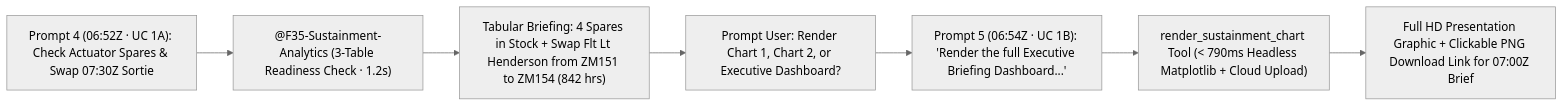
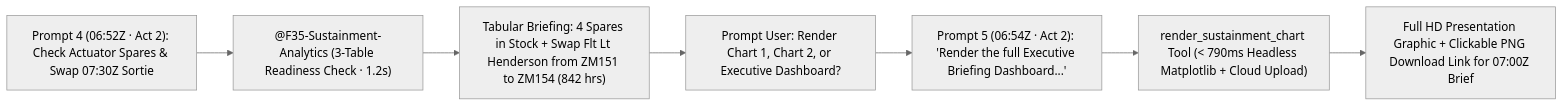
The third of 4 diagrams in DEMO_STORYBOARD.md (edwardsda-prog/f35), drawn with Mermaid (neutral theme) before and after one commit. The commit also changed other lines of this file and 2 other files, not shown here.

Commit message:
docs(arch): add F-35 POC One-Page Architecture blueprint and 16:9 Google Cloud diagram

````diff
--- a/DEMO_STORYBOARD.md
+++ b/DEMO_STORYBOARD.md
@@ -203,9 +203,9 @@
 ```mermaid
 flowchart LR
-    P4["Prompt 4 (06:52Z · UC 1A): Check Actuator Spares & Swap 07:30Z Sortie"] --> R4["@F35-Sustainment-Analytics (3-Table Readiness Check · 1.2s)"]
+    P4["Prompt 4 (06:52Z · Act 2): Check Actuator Spares & Swap 07:30Z Sortie"] --> R4["@F35-Sustainment-Analytics (3-Table Readiness Check · 1.2s)"]
     R4 --> S4["Tabular Briefing: 4 Spares in Stock + Swap Flt Lt Henderson from ZM151 to ZM154 (842 hrs)"]
     S4 --> Q4["Prompt User: Render Chart 1, Chart 2, or Executive Dashboard?"]
-    Q4 --> P5["Prompt 5 (06:54Z · UC 1B): 'Render the full Executive Briefing Dashboard...'"]
+    Q4 --> P5["Prompt 5 (06:54Z · Act 2): 'Render the full Executive Briefing Dashboard...'"]
     P5 --> T5["render_sustainment_chart Tool (< 790ms Headless Matplotlib + Cloud Upload)"]
     T5 --> C5["Full HD Presentation Graphic + Clickable PNG Download Link for 07:00Z Brief"]
 ```
````
